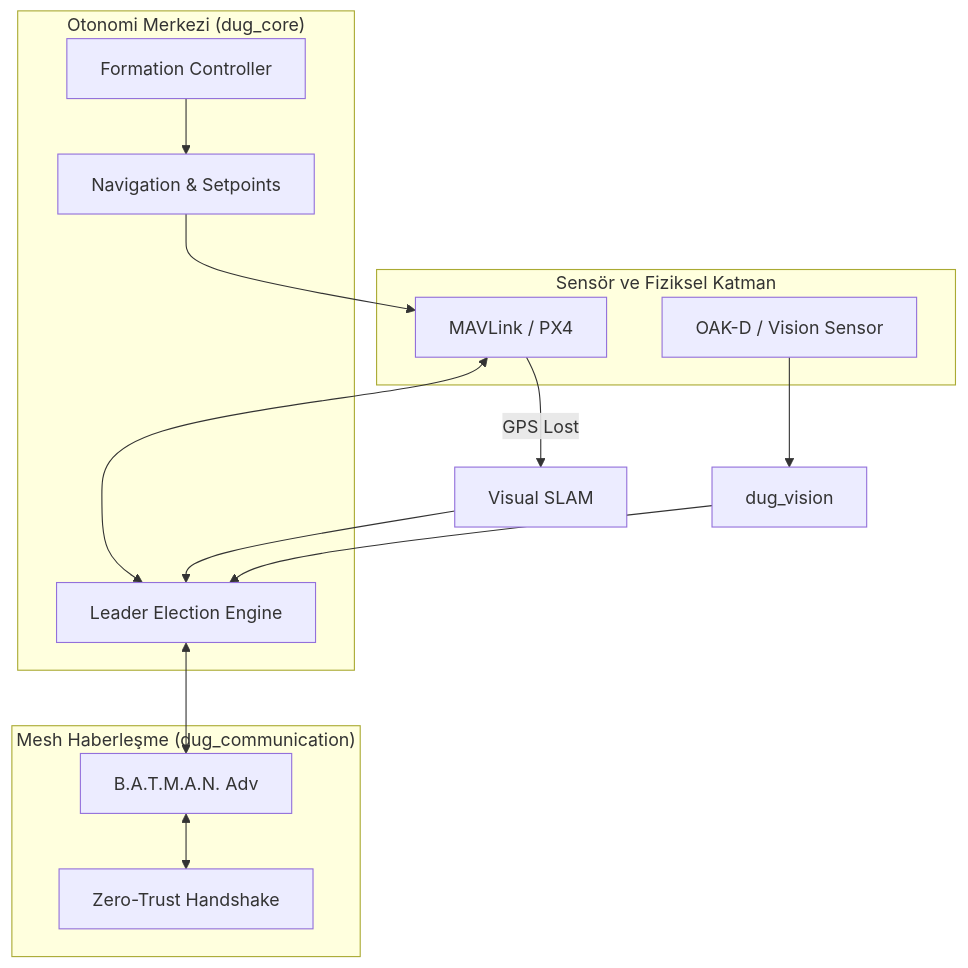
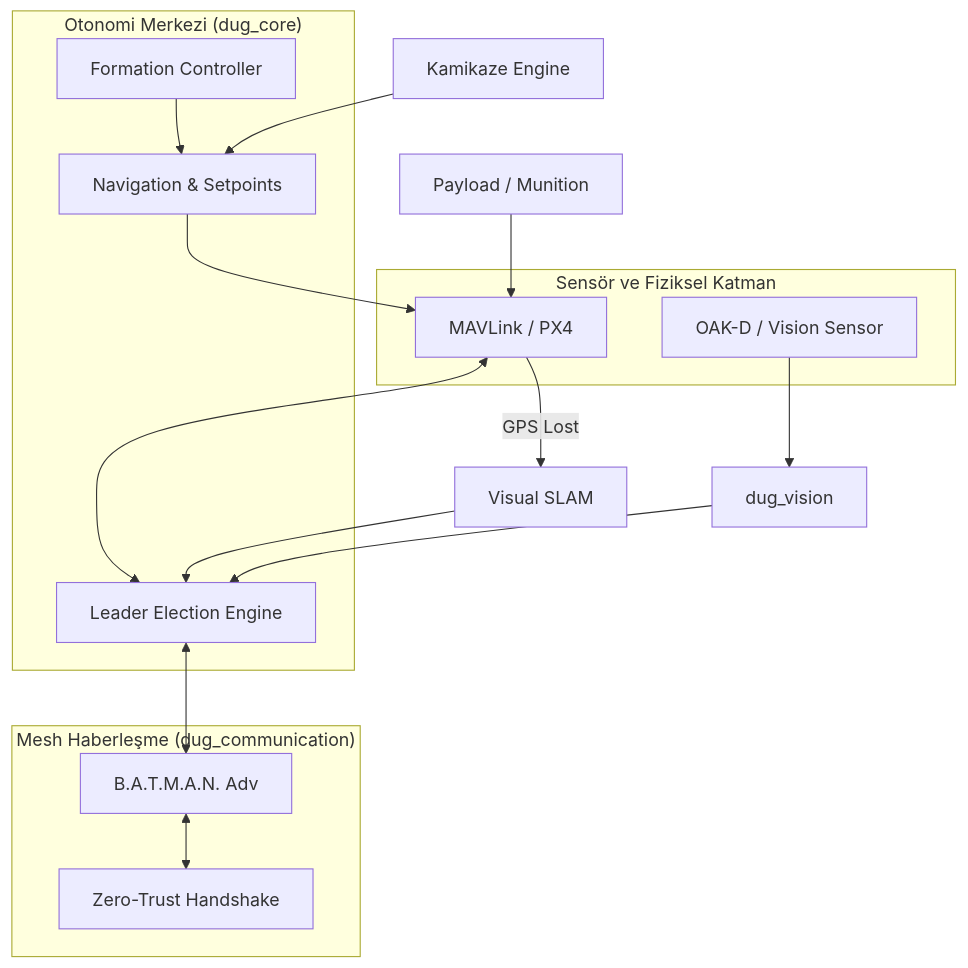
One commit to arch-yunus/decentralized-uav-grid changed the diagram in README.md. Above: the diagram before and after it, drawn with Mermaid.

Commit message:
docs: finalize architecture diagram with Phase 5 components

````diff
--- a/README.md
+++ b/README.md
@@ -34,28 +34,30 @@
 ```mermaid
 graph TD
     subgraph "Sensör ve Fiziksel Katman"
         MAV[MAVLink / PX4]
         CAM[OAK-D / Vision Sensor]
     end
     
     subgraph "Otonomi Merkezi (dug_core)"
         LDR[Leader Election Engine]
         FORM[Formation Controller]
         NAV[Navigation & Setpoints]
     end
     
     subgraph "Mesh Haberleşme (dug_communication)"
         BAT[B.A.T.M.A.N. Adv]
         ZT[Zero-Trust Handshake]
     end
 
     MAV <--> LDR
     CAM --> VIS[dug_vision]
     VIS --> LDR
     VSLAM[Visual SLAM] --> LDR
     LDR <--> BAT
     BAT <--> ZT
     FORM --> NAV
+    KMK[Kamikaze Engine] --> NAV
+    PYLD[Payload / Munition] --> MAV
     NAV --> MAV
     MAV -- GPS Lost --> VSLAM
 ```
````
